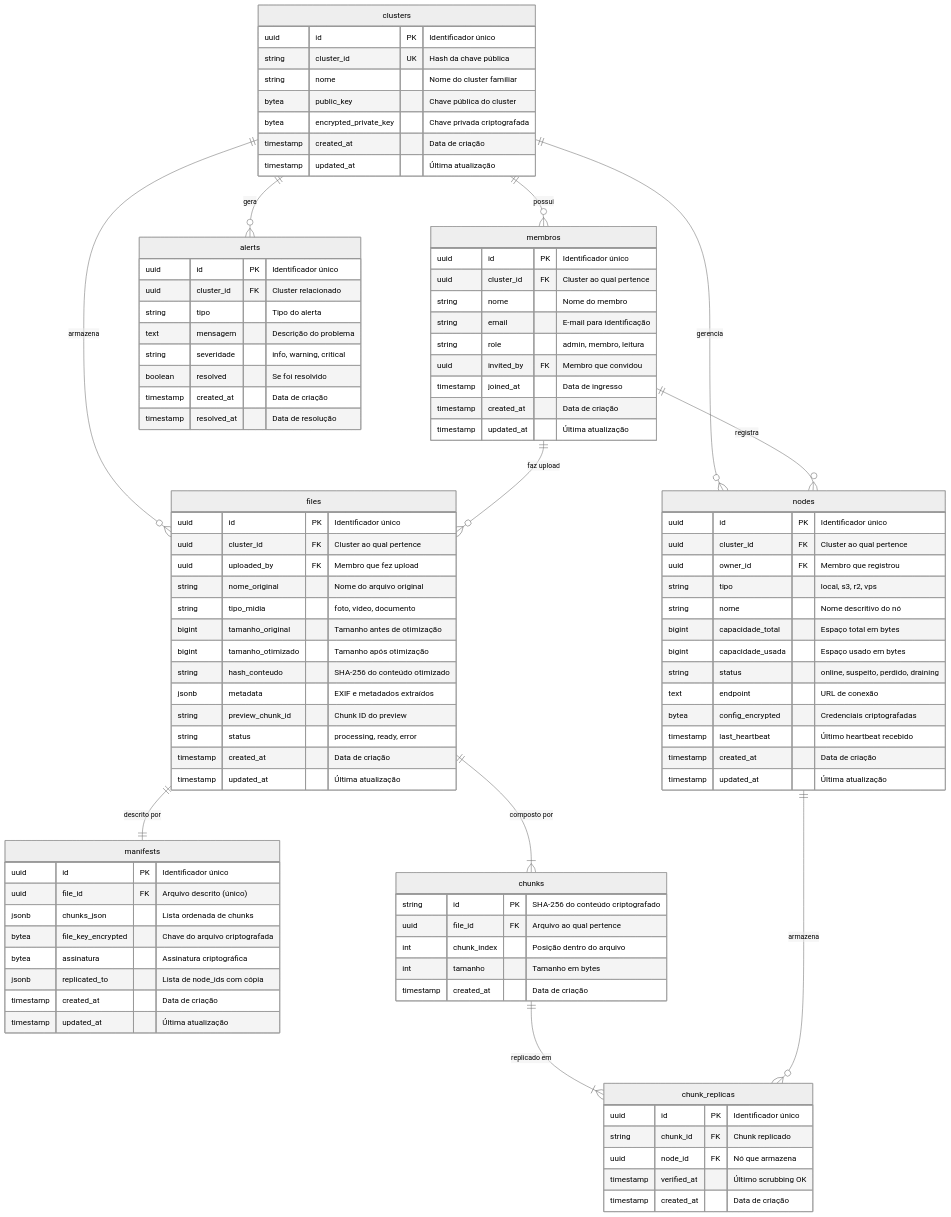
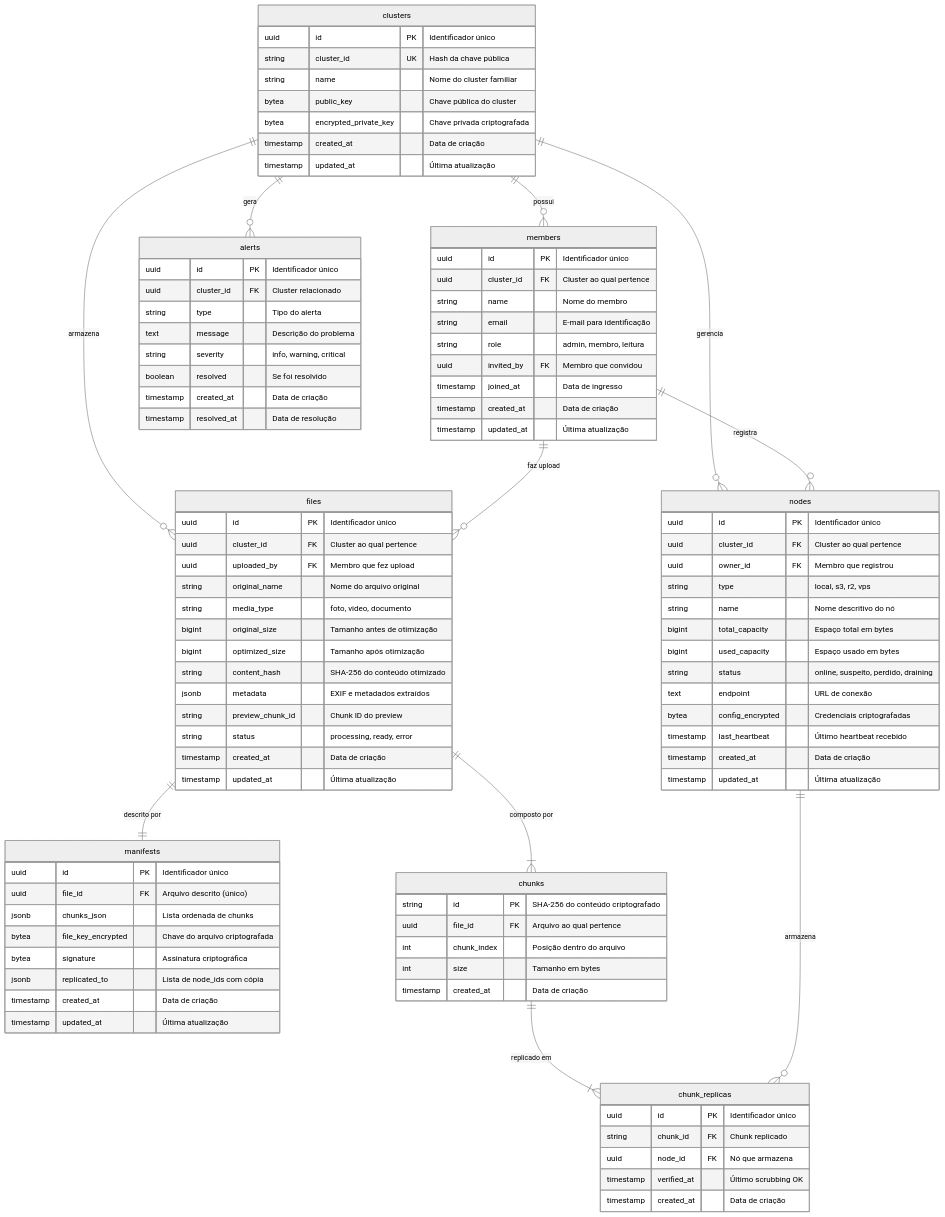
Before and after one commit to DouglasPrado/alexandria: the diagram in docs/diagrams/domain/er-diagram.mmd, drawn with Mermaid (neutral theme). The commit also changed 9 other files, not shown here.

```diff
--- a/docs/diagrams/domain/er-diagram.mmd
+++ b/docs/diagrams/domain/er-diagram.mmd
@@ -1,109 +1,109 @@
 %% ============================================================
 %% Modelo de Dados (ER) — Alexandria
 %% Referência: docs/blueprint/05-data_model.md
 %% ============================================================
 
 erDiagram
     clusters {
         uuid id PK "Identificador único"
         string cluster_id UK "Hash da chave pública"
-        string nome "Nome do cluster familiar"
+        string name "Nome do cluster familiar"
         bytea public_key "Chave pública do cluster"
         bytea encrypted_private_key "Chave privada criptografada"
         timestamp created_at "Data de criação"
         timestamp updated_at "Última atualização"
     }
 
-    membros {
+    members {
         uuid id PK "Identificador único"
         uuid cluster_id FK "Cluster ao qual pertence"
-        string nome "Nome do membro"
+        string name "Nome do membro"
         string email "E-mail para identificação"
         string role "admin, membro, leitura"
         uuid invited_by FK "Membro que convidou"
         timestamp joined_at "Data de ingresso"
         timestamp created_at "Data de criação"
         timestamp updated_at "Última atualização"
     }
 
     nodes {
         uuid id PK "Identificador único"
         uuid cluster_id FK "Cluster ao qual pertence"
         uuid owner_id FK "Membro que registrou"
-        string tipo "local, s3, r2, vps"
-        string nome "Nome descritivo do nó"
-        bigint capacidade_total "Espaço total em bytes"
-        bigint capacidade_usada "Espaço usado em bytes"
+        string type "local, s3, r2, vps"
+        string name "Nome descritivo do nó"
+        bigint total_capacity "Espaço total em bytes"
+        bigint used_capacity "Espaço usado em bytes"
         string status "online, suspeito, perdido, draining"
         text endpoint "URL de conexão"
         bytea config_encrypted "Credenciais criptografadas"
         timestamp last_heartbeat "Último heartbeat recebido"
         timestamp created_at "Data de criação"
         timestamp updated_at "Última atualização"
     }
 
     files {
         uuid id PK "Identificador único"
         uuid cluster_id FK "Cluster ao qual pertence"
         uuid uploaded_by FK "Membro que fez upload"
-        string nome_original "Nome do arquivo original"
-        string tipo_midia "foto, video, documento"
-        bigint tamanho_original "Tamanho antes de otimização"
-        bigint tamanho_otimizado "Tamanho após otimização"
-        string hash_conteudo "SHA-256 do conteúdo otimizado"
+        string original_name "Nome do arquivo original"
+        string media_type "foto, video, documento"
+        bigint original_size "Tamanho antes de otimização"
+        bigint optimized_size "Tamanho após otimização"
+        string content_hash "SHA-256 do conteúdo otimizado"
         jsonb metadata "EXIF e metadados extraídos"
         string preview_chunk_id "Chunk ID do preview"
         string status "processing, ready, error"
         timestamp created_at "Data de criação"
         timestamp updated_at "Última atualização"
     }
 
     manifests {
         uuid id PK "Identificador único"
         uuid file_id FK "Arquivo descrito (único)"
         jsonb chunks_json "Lista ordenada de chunks"
         bytea file_key_encrypted "Chave do arquivo criptografada"
-        bytea assinatura "Assinatura criptográfica"
+        bytea signature "Assinatura criptográfica"
         jsonb replicated_to "Lista de node_ids com cópia"
         timestamp created_at "Data de criação"
         timestamp updated_at "Última atualização"
     }
 
     chunks {
         string id PK "SHA-256 do conteúdo criptografado"
         uuid file_id FK "Arquivo ao qual pertence"
         int chunk_index "Posição dentro do arquivo"
-        int tamanho "Tamanho em bytes"
+        int size "Tamanho em bytes"
         timestamp created_at "Data de criação"
     }
 
     chunk_replicas {
         uuid id PK "Identificador único"
         string chunk_id FK "Chunk replicado"
         uuid node_id FK "Nó que armazena"
         timestamp verified_at "Último scrubbing OK"
         timestamp created_at "Data de criação"
     }
 
     alerts {
         uuid id PK "Identificador único"
         uuid cluster_id FK "Cluster relacionado"
-        string tipo "Tipo do alerta"
-        text mensagem "Descrição do problema"
-        string severidade "info, warning, critical"
+        string type "Tipo do alerta"
+        text message "Descrição do problema"
+        string severity "info, warning, critical"
         boolean resolved "Se foi resolvido"
         timestamp created_at "Data de criação"
         timestamp resolved_at "Data de resolução"
     }
 
     %% --- Relacionamentos ---
-    clusters ||--o{ membros : "possui"
+    clusters ||--o{ members : "possui"
     clusters ||--o{ nodes : "gerencia"
     clusters ||--o{ files : "armazena"
     clusters ||--o{ alerts : "gera"
-    membros ||--o{ nodes : "registra"
-    membros ||--o{ files : "faz upload"
+    members ||--o{ nodes : "registra"
+    members ||--o{ files : "faz upload"
     files ||--|| manifests : "descrito por"
     files ||--|{ chunks : "composto por"
     chunks ||--|{ chunk_replicas : "replicado em"
     nodes ||--o{ chunk_replicas : "armazena"
```
